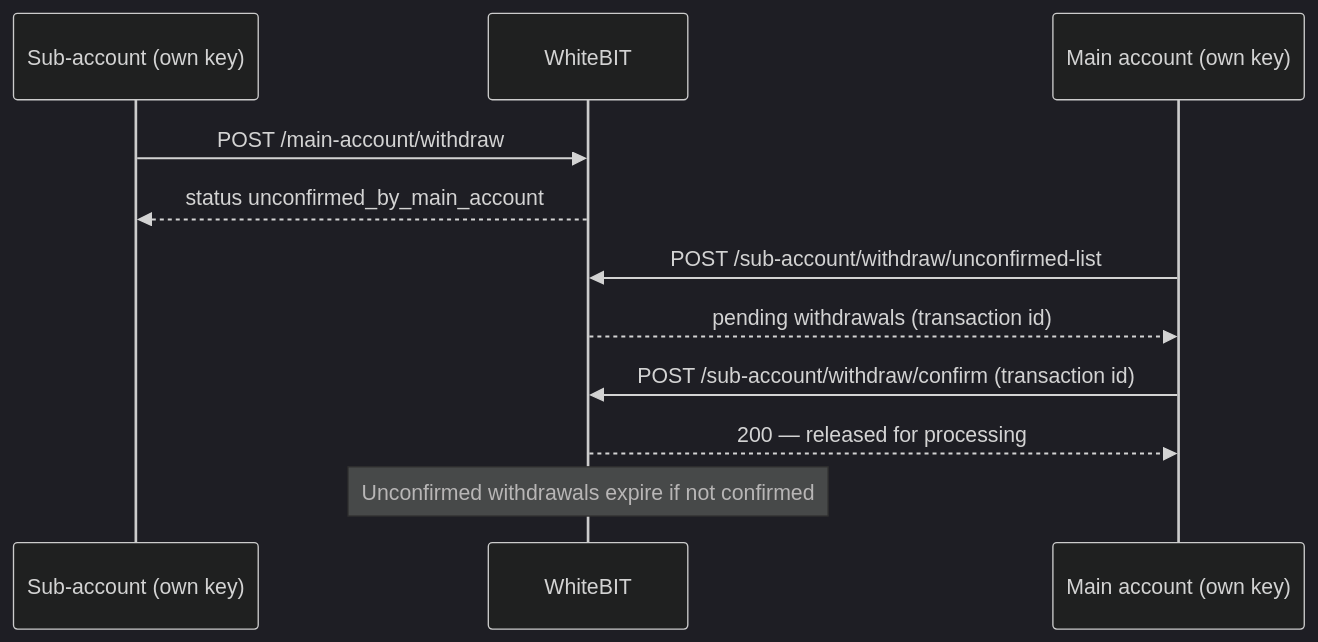
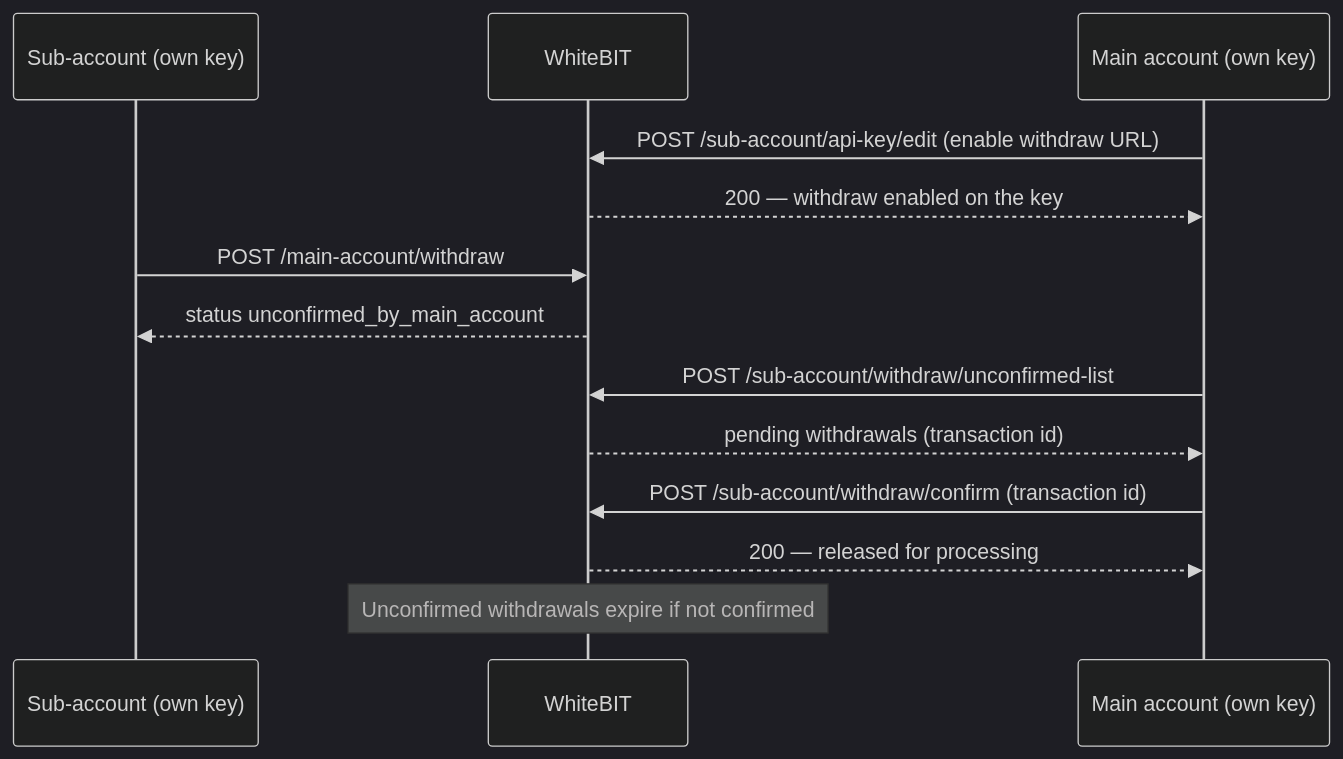
One commit to whitebit-exchange/docs changed the diagram in products/sub-accounts/quickstart.mdx. Above: the diagram before and after it, drawn with Mermaid (dark theme). The commit also changed other lines of this file and 3 other files, not shown here.

Commit message:
Document and spec sub-account API key withdraw-endpoint enablement

````diff
--- a/products/sub-accounts/quickstart.mdx
+++ b/products/sub-accounts/quickstart.mdx
@@ -252,13 +252,15 @@
 ```mermaid
 sequenceDiagram
     participant Sub as Sub-account (own key)
     participant WB as WhiteBIT
     participant Main as Main account (own key)
+    Main->>WB: POST /sub-account/api-key/edit (enable withdraw URL)
+    WB-->>Main: 200 — withdraw enabled on the key
     Sub->>WB: POST /main-account/withdraw
     WB-->>Sub: status unconfirmed_by_main_account
     Main->>WB: POST /sub-account/withdraw/unconfirmed-list
     WB-->>Main: pending withdrawals (transaction id)
     Main->>WB: POST /sub-account/withdraw/confirm (transaction id)
     WB-->>Main: 200 — released for processing
     Note over WB: Unconfirmed withdrawals expire if not confirmed
 ```
````
